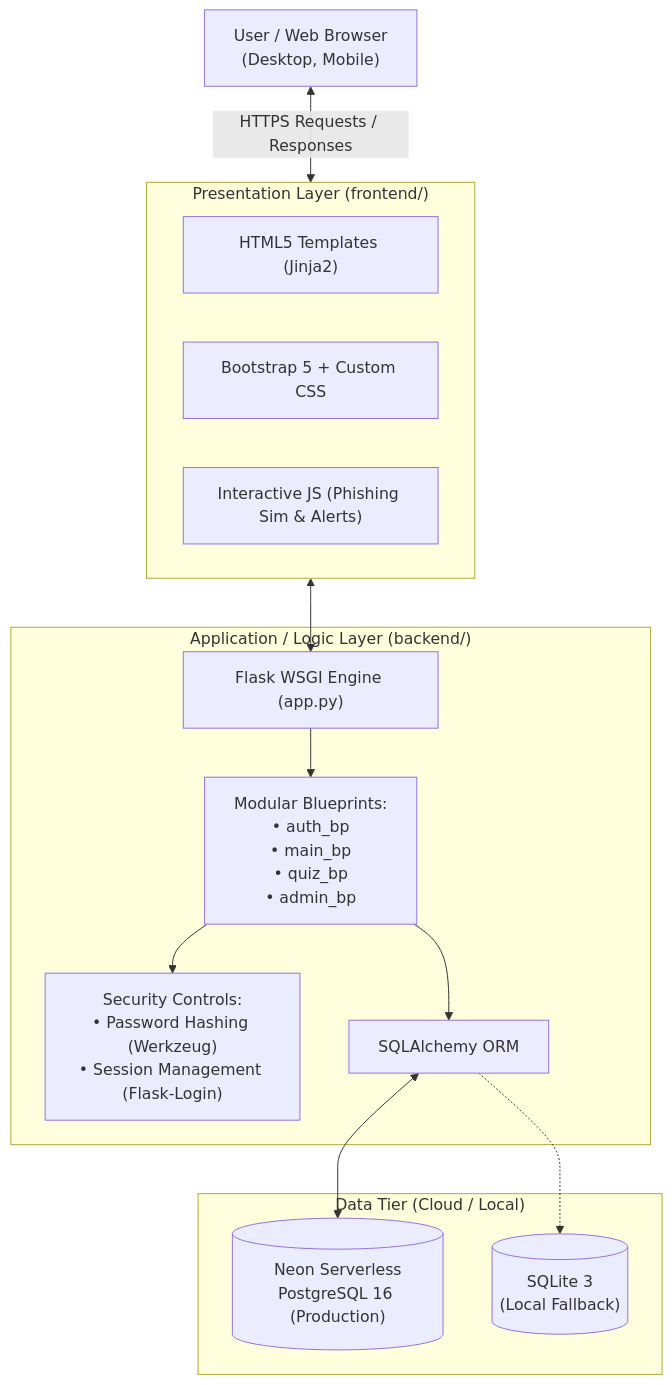
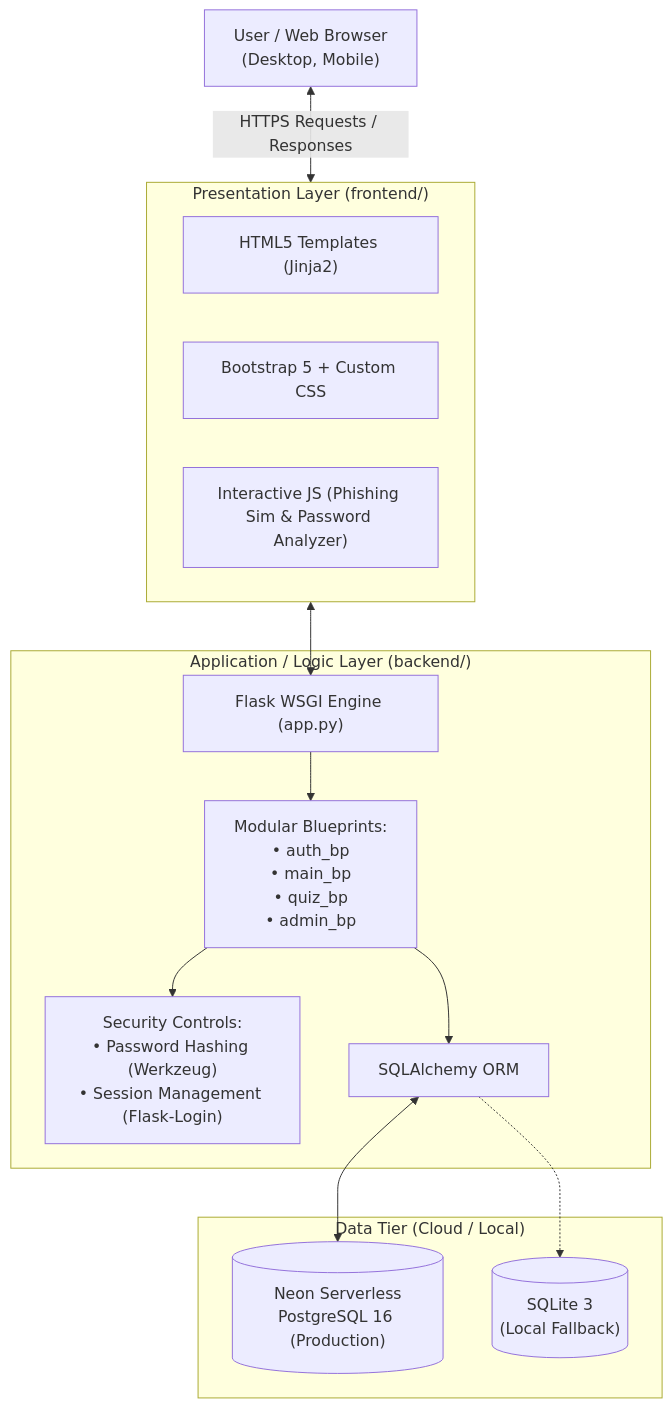
The first of 4 diagrams in PROJECT_REPORT.md (kaharrudra056-wq/cyber-aware), drawn with Mermaid before and after one commit. The commit also changed other lines of this file, not shown here.

Commit message:
Update project report with Password Entropy Analyzer, 40 questions, Case Studies, and IT Act 2000

````diff
--- a/PROJECT_REPORT.md
+++ b/PROJECT_REPORT.md
@@ -102,30 +111,30 @@
 ```mermaid
 flowchart TD
     Client["User / Web Browser\n(Desktop, Mobile)"]
     
     subgraph Frontend ["Presentation Layer (frontend/)"]
         HTML["HTML5 Templates (Jinja2)"]
         CSS["Bootstrap 5 + Custom CSS"]
-        JS["Interactive JS (Phishing Sim & Alerts)"]
+        JS["Interactive JS (Phishing Sim & Password Analyzer)"]
     end
     
     subgraph Backend ["Application / Logic Layer (backend/)"]
         App["Flask WSGI Engine (app.py)"]
         Blueprints["Modular Blueprints:\n• auth_bp\n• main_bp\n• quiz_bp\n• admin_bp"]
         Security["Security Controls:\n• Password Hashing (Werkzeug)\n• Session Management (Flask-Login)"]
         ORM["SQLAlchemy ORM"]
     end
     
     subgraph Database ["Data Tier (Cloud / Local)"]
         Postgres[("Neon Serverless\nPostgreSQL 16 (Production)")]
         SQLite[("SQLite 3\n(Local Fallback)")]
     end
 
     Client <-->|HTTPS Requests / Responses| Frontend
     Frontend <--> App
     App --> Blueprints
     Blueprints --> Security
     Blueprints --> ORM
     ORM <--> Postgres
     ORM -.-> SQLite
 ```
````
